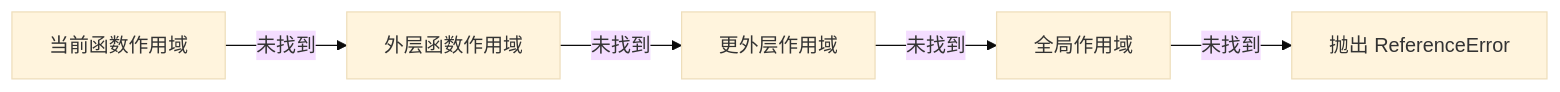
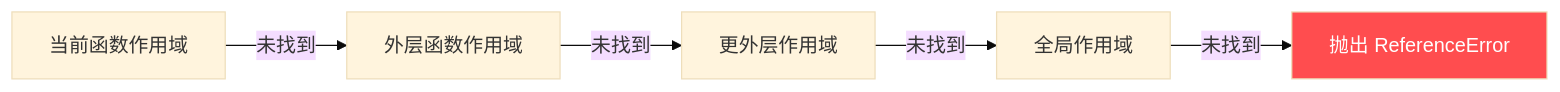
One commit to mansteinr/note-book changed diagram 11 of 19 in JavaScript/06-执行上下文.md. Above: the diagram before and after it, drawn with Mermaid (base theme). The commit also changed other lines of this file and 6 other files, not shown here.

````diff
--- a/JavaScript/06-执行上下文.md
+++ b/JavaScript/06-执行上下文.md
@@ -179,7 +695,9 @@
 ```mermaid
 flowchart LR
     A[当前函数作用域] -->|未找到| B[外层函数作用域]
     B -->|未找到| C[更外层作用域]
     C -->|未找到| D[全局作用域]
     D -->|未找到| E[抛出 ReferenceError]
+
+    style E fill:#ff4d4f,color:#fff
 ```
````
